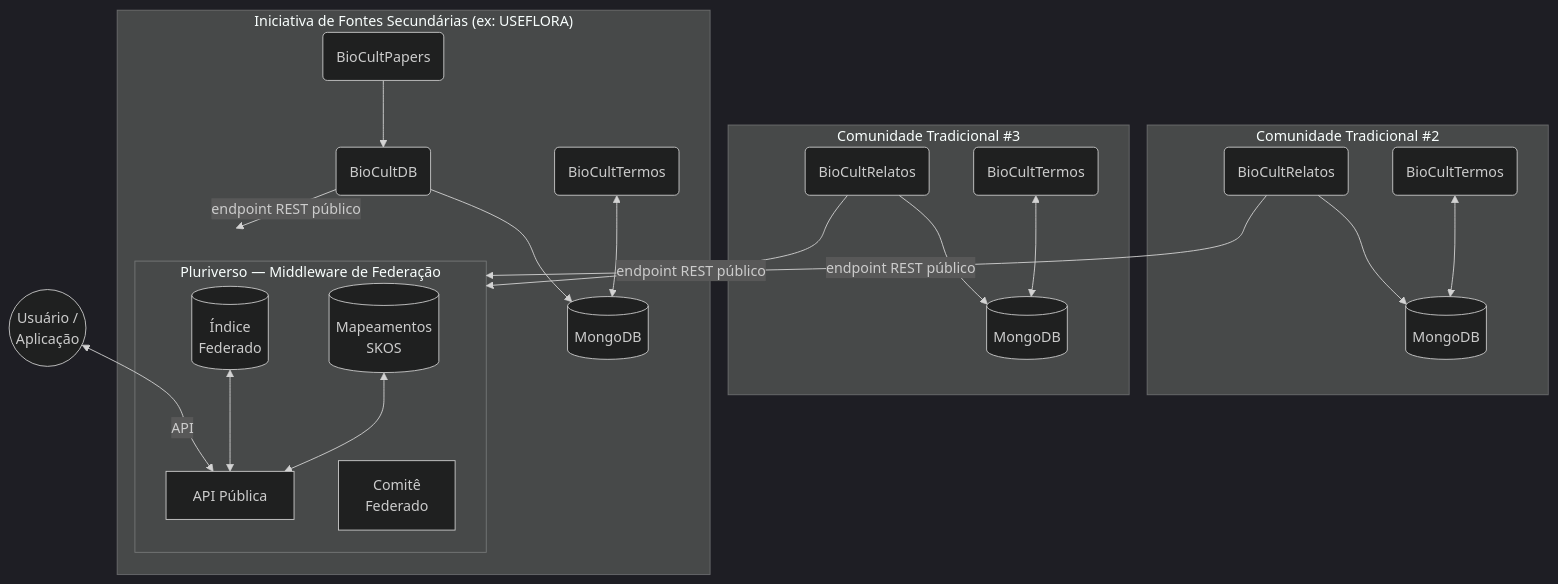
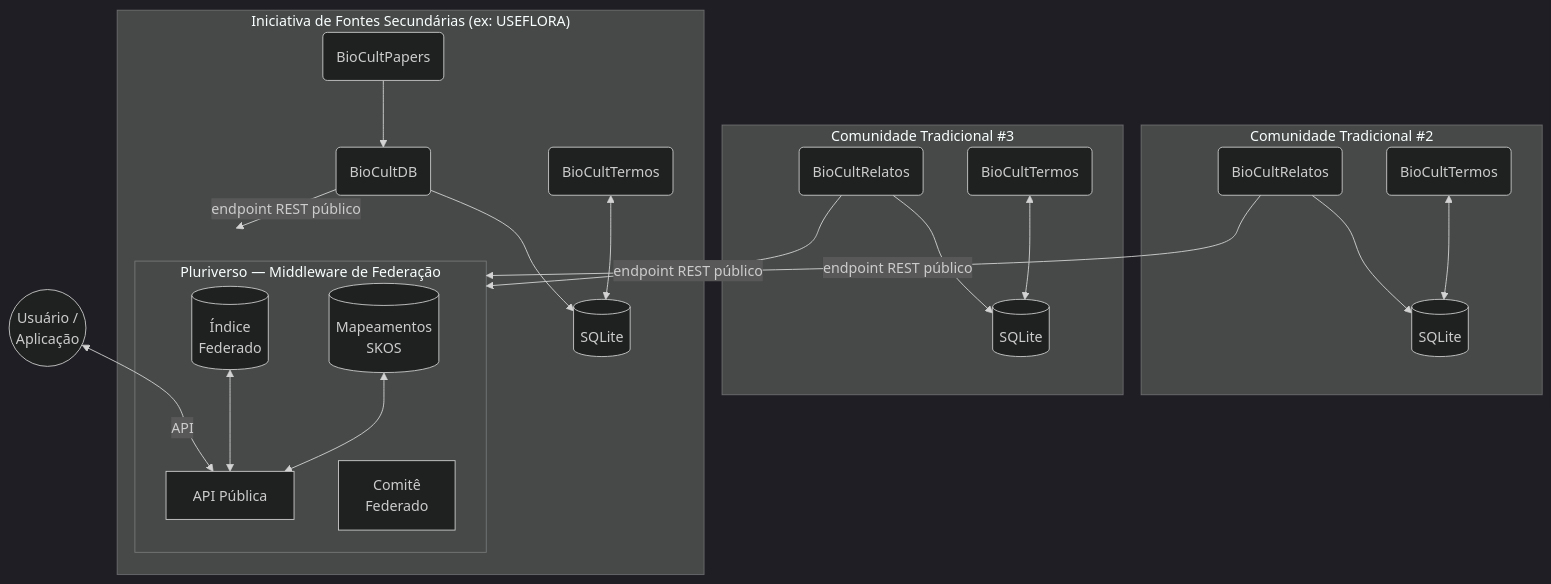
One commit to edalcin/Arquitetura-BioCultural changed the diagram in docs/architecture-decisions/ADR-004-federated-architecture.md. Above: the diagram before and after it, drawn with Mermaid (dark theme). The commit also changed other lines of this file and 13 other files, not shown here.

````diff
--- a/docs/architecture-decisions/ADR-004-federated-architecture.md
+++ b/docs/architecture-decisions/ADR-004-federated-architecture.md
@@ -89,32 +92,32 @@
 ```mermaid
 graph TD
     subgraph I1["Iniciativa de Fontes Secundárias (ex: USEFLORA)"]
-        I1A(BioCultDB) --> I1M[(MongoDB)]
+        I1A(BioCultDB) --> I1M[(SQLite)]
         I1B(BioCultPapers) --> I1A
         I1C(BioCultTermos) <--> I1M
         I1A -->|endpoint REST público| PL
     end
 
     subgraph C2["Comunidade Tradicional #2"]
-        C2A(BioCultRelatos) --> C2M[(MongoDB)]
+        C2A(BioCultRelatos) --> C2M[(SQLite)]
         C2B(BioCultTermos) <--> C2M
         C2A -->|endpoint REST público| PL
     end
 
     subgraph C3["Comunidade Tradicional #3"]
-        C3A(BioCultRelatos) --> C3M[(MongoDB)]
+        C3A(BioCultRelatos) --> C3M[(SQLite)]
         C3B(BioCultTermos) <--> C3M
         C3A -->|endpoint REST público| PL
     end
 
     subgraph PL["Pluriverso — Middleware de Federação"]
         PL_IDX[(Índice\nFederado)]
         PL_MAP[(Mapeamentos\nSKOS)]
         PL_API[API Pública]
         PL_GOV[Comitê\nFederado]
     end
 
     U((Usuário /\nAplicação)) <-->|API| PL_API
     PL_IDX <--> PL_API
     PL_MAP <--> PL_API
 ```
````
